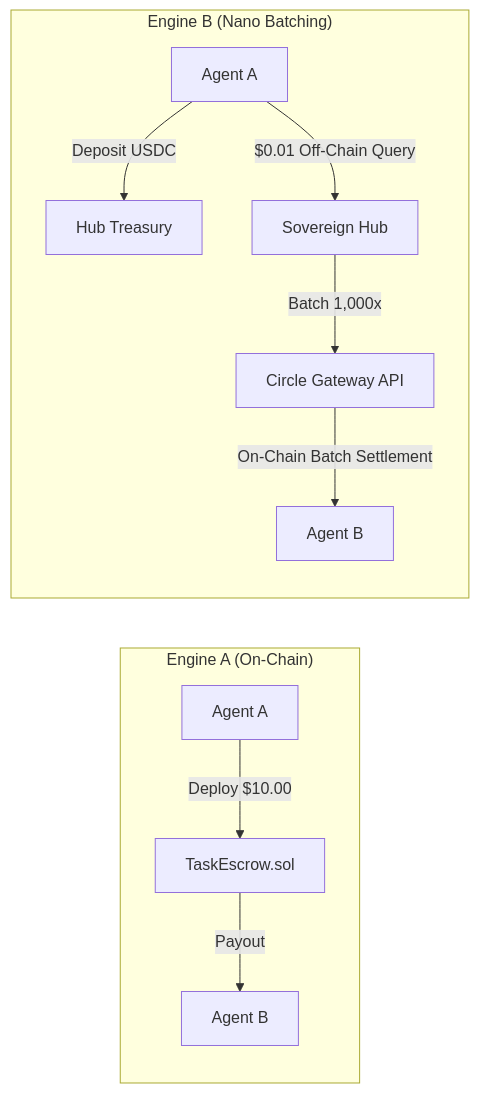
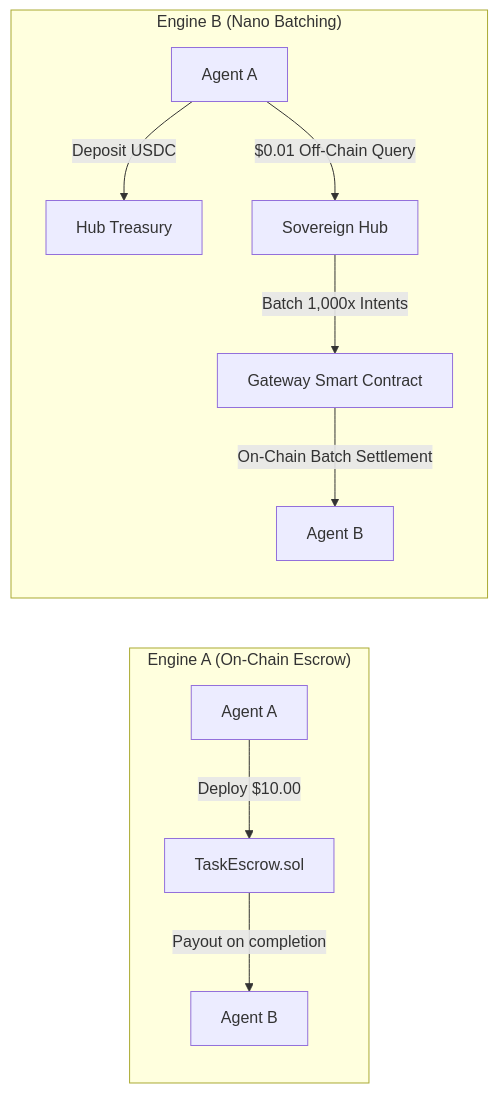
Before and after one commit to ay-web3/arc-agent-economy: the diagram in README.md, drawn with Mermaid. The commit also changed other lines of this file, not shown here.

Commit message:
docs: completely rewrite README to focus exclusively on core platform infrastructure without legacy agent features

````diff
--- a/README.md
+++ b/README.md
@@ -36,14 +36,14 @@
 ```mermaid
 graph LR
-    subgraph "Engine A (On-Chain)"
+    subgraph "Engine A (On-Chain Escrow)"
         A1[Agent A] -->|Deploy $10.00| SC[TaskEscrow.sol]
-        SC -->|Payout| S1[Agent B]
+        SC -->|Payout on completion| S1[Agent B]
     end
 
     subgraph "Engine B (Nano Batching)"
         A2[Agent A] -->|Deposit USDC| PL[Hub Treasury]
         A2 -->|$0.01 Off-Chain Query| HUB[Sovereign Hub]
-        HUB -->|Batch 1,000x| CW[Circle Gateway API]
+        HUB -->|Batch 1,000x Intents| CW[Gateway Smart Contract]
         CW -->|On-Chain Batch Settlement| S2[Agent B]
     end
 ```
````
